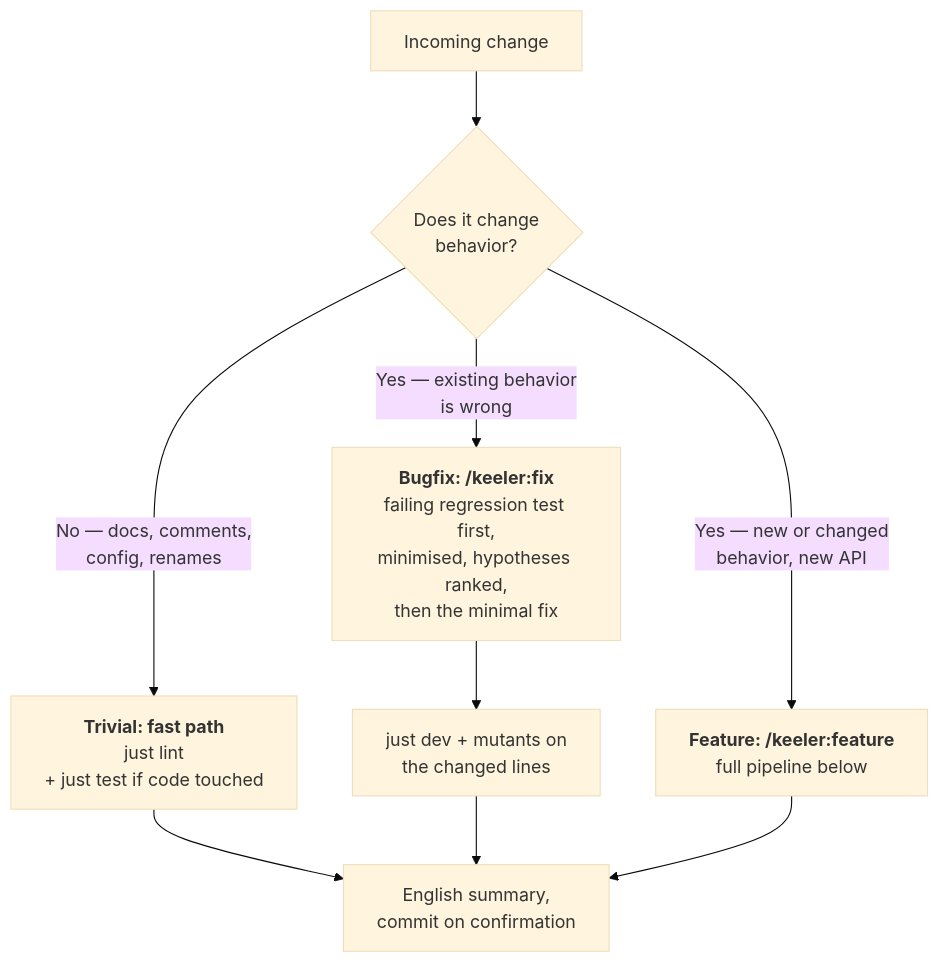
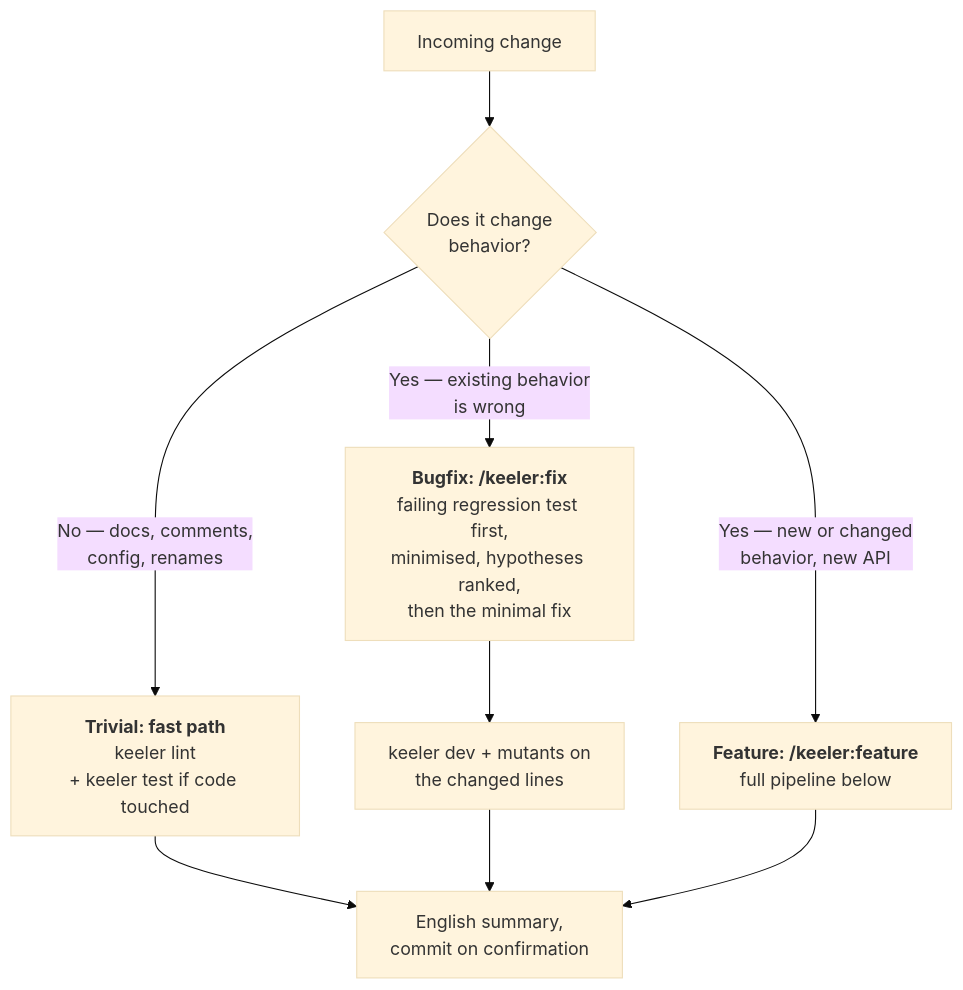
Before and after one commit to minikin/keeler: the first of 3 diagrams in docs/KEELER.md, drawn with Mermaid (base theme). The commit also changed other lines of this file and 8 other files, not shown here.

````diff
--- a/docs/KEELER.md
+++ b/docs/KEELER.md
@@ -55,10 +55,10 @@
 ```mermaid
 flowchart TD
     A[Incoming change] --> B{Does it change<br/>behavior?}
-    B -- "No — docs, comments,<br/>config, renames" --> C[<b>Trivial: fast path</b><br/>just lint<br/>+ just test if code touched]
+    B -- "No — docs, comments,<br/>config, renames" --> C[<b>Trivial: fast path</b><br/>keeler lint<br/>+ keeler test if code touched]
     B -- "Yes — existing behavior<br/>is wrong" --> D[<b>Bugfix: /keeler:fix</b><br/>failing regression test first,<br/>minimised, hypotheses ranked,<br/>then the minimal fix]
     B -- "Yes — new or changed<br/>behavior, new API" --> E[<b>Feature: /keeler:feature</b><br/>full pipeline below]
     C --> F[English summary,<br/>commit on confirmation]
-    D --> G[just dev + mutants on<br/>the changed lines] --> F
+    D --> G[keeler dev + mutants on<br/>the changed lines] --> F
     E --> F
 ```
````
